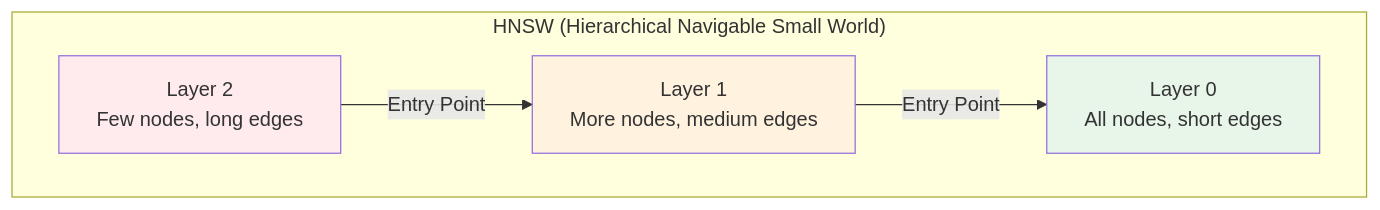
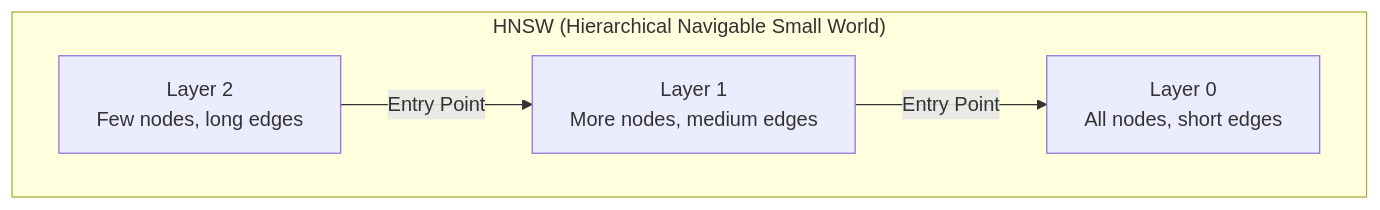
One commit to neurondb/neurondb changed the third of 3 diagrams in README.md. Above: the diagram before and after it, drawn with Mermaid. The commit also changed other lines of this file and 78 other files, not shown here.

````diff
--- a/README.md
+++ b/README.md
@@ -312,15 +305,11 @@
 ```mermaid
 graph TD
     subgraph HNSW["HNSW (Hierarchical Navigable Small World)"]
         L2[Layer 2<br/>Few nodes, long edges]
         L1[Layer 1<br/>More nodes, medium edges]
         L0[Layer 0<br/>All nodes, short edges]
     end
     
     L2 -->|Entry Point| L1
     L1 -->|Entry Point| L0
-    
-    style L2 fill:#ffebee
-    style L1 fill:#fff3e0
-    style L0 fill:#e8f5e9
 ```
````
